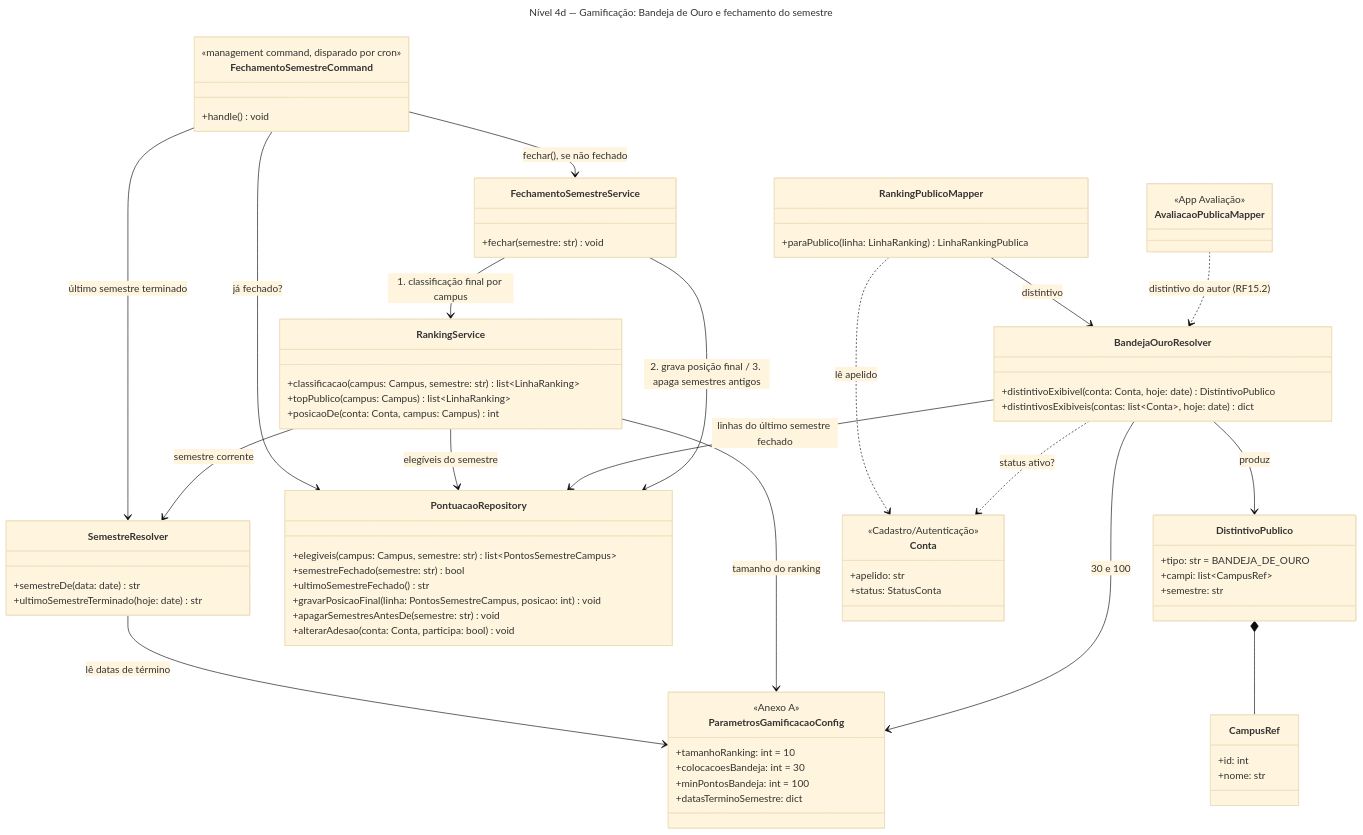
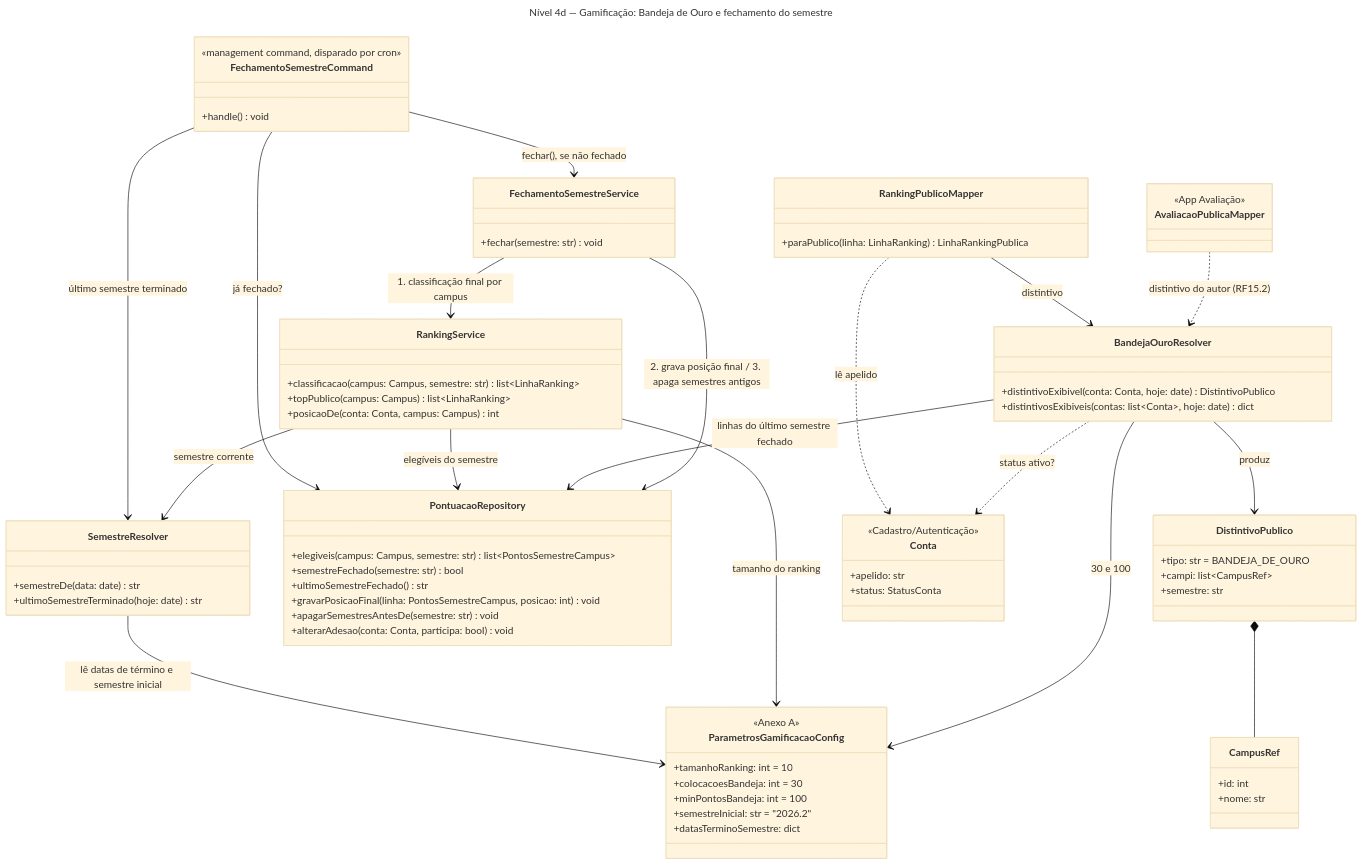
Before and after one commit to unb-mds/2026-2-Bandejao-UnB: the fourth of 4 diagrams in docs/arquitetura/backend/c4-nivel-4-gamificacao.md, drawn with Mermaid (base theme). The commit also changed other lines of this file and 2 other files, not shown here.

````diff
--- a/docs/arquitetura/backend/c4-nivel-4-gamificacao.md
+++ b/docs/arquitetura/backend/c4-nivel-4-gamificacao.md
@@ -557,79 +575,80 @@
 ```mermaid
 ---
 title: "Nível 4d — Gamificação: Bandeja de Ouro e fechamento do semestre"
 ---
 classDiagram
   class FechamentoSemestreCommand {
     <<management command, disparado por cron>>
     +handle() void
   }
   class FechamentoSemestreService {
     +fechar(semestre: str) void
   }
   class SemestreResolver {
     +semestreDe(data: date) str
     +ultimoSemestreTerminado(hoje: date) str
   }
   class RankingService {
     +classificacao(campus: Campus, semestre: str) list~LinhaRanking~
     +topPublico(campus: Campus) list~LinhaRanking~
     +posicaoDe(conta: Conta, campus: Campus) int
   }
   class PontuacaoRepository {
     +elegiveis(campus: Campus, semestre: str) list~PontosSemestreCampus~
     +semestreFechado(semestre: str) bool
     +ultimoSemestreFechado() str
     +gravarPosicaoFinal(linha: PontosSemestreCampus, posicao: int) void
     +apagarSemestresAntesDe(semestre: str) void
     +alterarAdesao(conta: Conta, participa: bool) void
   }
   class BandejaOuroResolver {
     +distintivoExibivel(conta: Conta, hoje: date) DistintivoPublico
     +distintivosExibiveis(contas: list~Conta~, hoje: date) dict
   }
   class DistintivoPublico {
     +tipo: str = BANDEJA_DE_OURO
     +campi: list~CampusRef~
     +semestre: str
   }
   class CampusRef {
     +id: int
     +nome: str
   }
   class ParametrosGamificacaoConfig {
     <<Anexo A>>
     +tamanhoRanking: int = 10
     +colocacoesBandeja: int = 30
     +minPontosBandeja: int = 100
+    +semestreInicial: str = "2026.2"
     +datasTerminoSemestre: dict
   }
   class Conta {
     <<Cadastro/Autenticação>>
     +apelido: str
     +status: StatusConta
   }
   class AvaliacaoPublicaMapper {
     <<App Avaliação>>
   }
   class RankingPublicoMapper {
     +paraPublico(linha: LinhaRanking) LinhaRankingPublica
   }
 
-  SemestreResolver --> ParametrosGamificacaoConfig : lê datas de término
+  SemestreResolver --> ParametrosGamificacaoConfig : lê datas de término e semestre inicial
   FechamentoSemestreCommand --> SemestreResolver : último semestre terminado
   FechamentoSemestreCommand --> PontuacaoRepository : já fechado?
   FechamentoSemestreCommand --> FechamentoSemestreService : fechar(), se não fechado
   RankingService --> PontuacaoRepository : elegíveis do semestre
   RankingService --> SemestreResolver : semestre corrente
   RankingService --> ParametrosGamificacaoConfig : tamanho do ranking
   RankingPublicoMapper --> BandejaOuroResolver : distintivo
   RankingPublicoMapper ..> Conta : lê apelido
   DistintivoPublico *-- CampusRef
   BandejaOuroResolver --> PontuacaoRepository : linhas do último semestre fechado
   BandejaOuroResolver --> ParametrosGamificacaoConfig : 30 e 100
   BandejaOuroResolver ..> Conta : status ativo?
   BandejaOuroResolver --> DistintivoPublico : produz
   FechamentoSemestreService --> RankingService : 1. classificação final por campus
   FechamentoSemestreService --> PontuacaoRepository : 2. grava posição final / 3. apaga semestres antigos
   AvaliacaoPublicaMapper ..> BandejaOuroResolver : distintivo do autor (RF15.2)
 ```
````
